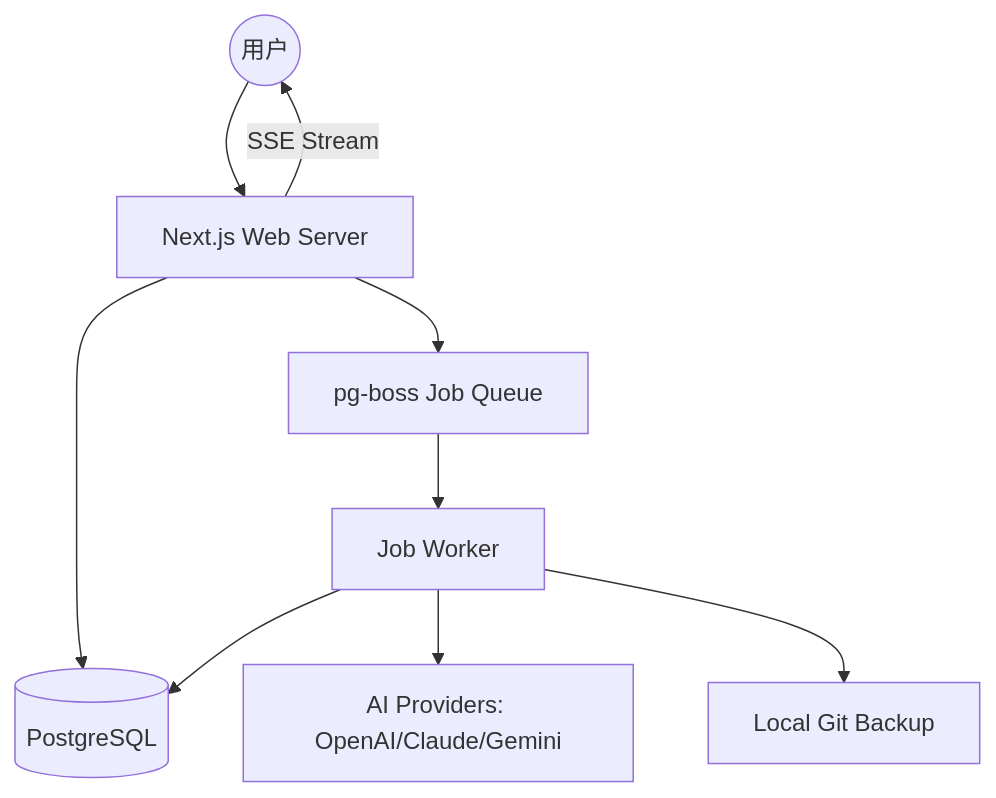
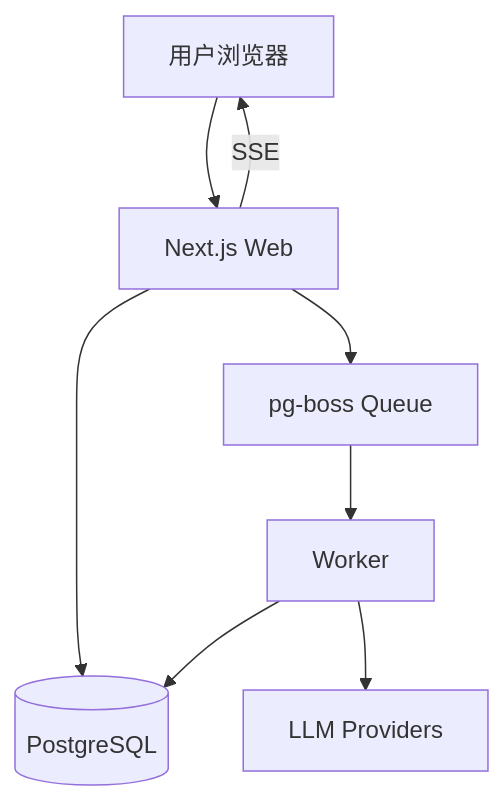
One commit to wmsyw/aiWriter changed the diagram in README.md. Above: the diagram before and after it, drawn with Mermaid. The commit also changed other lines of this file and 2 other files, not shown here.

````diff
--- a/README.md
+++ b/README.md
@@ -211,11 +194,10 @@
 ```mermaid
 graph TD
-    User((用户)) --> NextJS[Next.js Web Server]
-    NextJS --> DB[(PostgreSQL)]
-    NextJS --> Queue[pg-boss Job Queue]
-    Queue --> Worker[Job Worker]
-    Worker --> AI[AI Providers: OpenAI/Claude/Gemini]
-    Worker --> Git[Local Git Backup]
-    Worker --> DB
-    NextJS -- SSE Stream --> User
+    U[用户浏览器] --> W[Next.js Web]
+    W --> DB[(PostgreSQL)]
+    W --> Q[pg-boss Queue]
+    Q --> WK[Worker]
+    WK --> AI[LLM Providers]
+    WK --> DB
+    W -- SSE --> U
 ```
````
